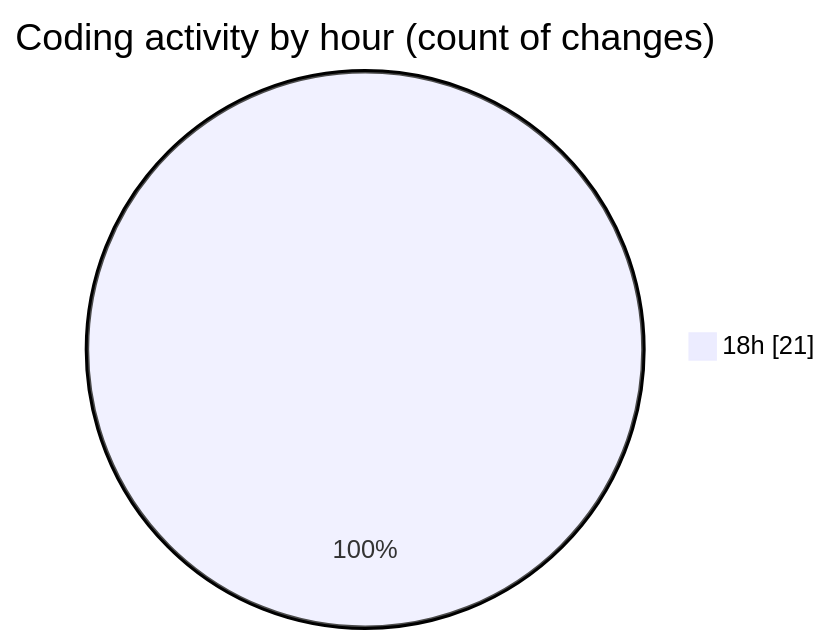
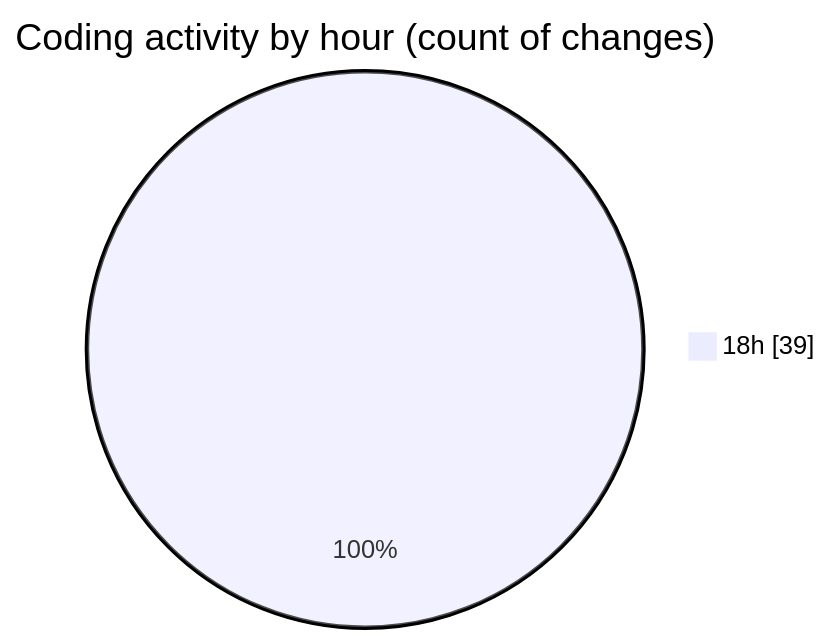
Before and after one commit to Ritupan-Deka/code-tracking: the second of 2 diagrams in 2025-07-16/mern-workoutboard/README.md, drawn with Mermaid. The commit also changed other lines of this file and 1 other file, not shown here.

````diff
--- a/2025-07-16/mern-workoutboard/README.md
+++ b/2025-07-16/mern-workoutboard/README.md
@@ -30,5 +32,5 @@
 ```mermaid
 pie showData
 title Coding activity by hour (count of changes)
-"18h" : 21
+"18h" : 39
 ```
````
